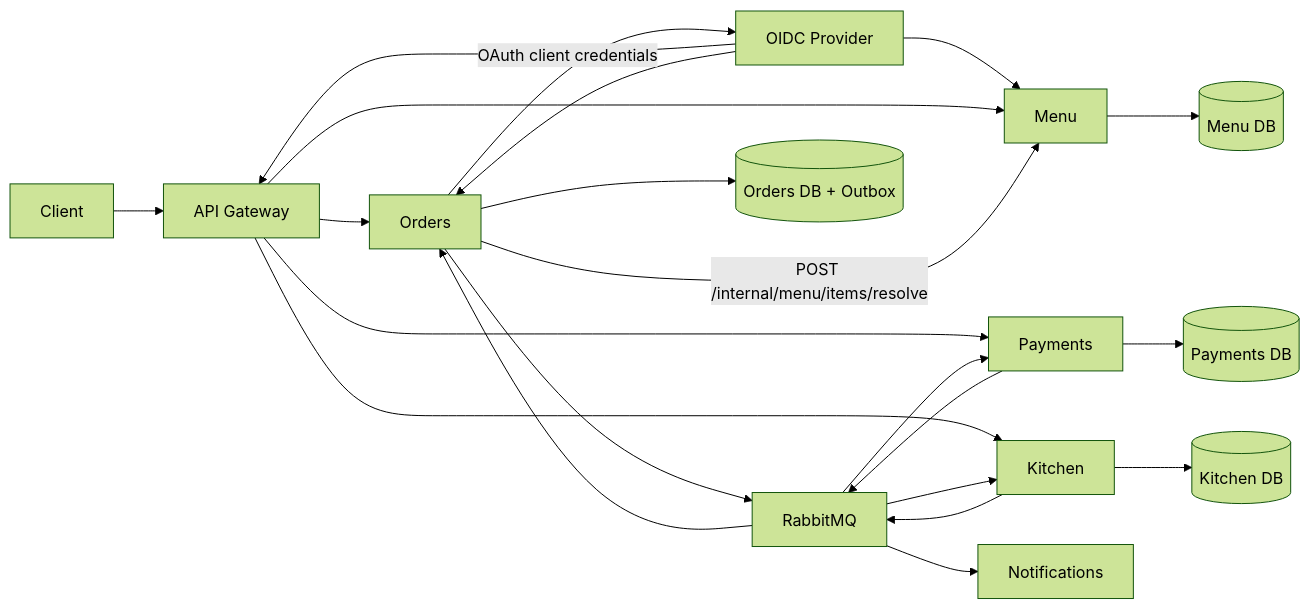
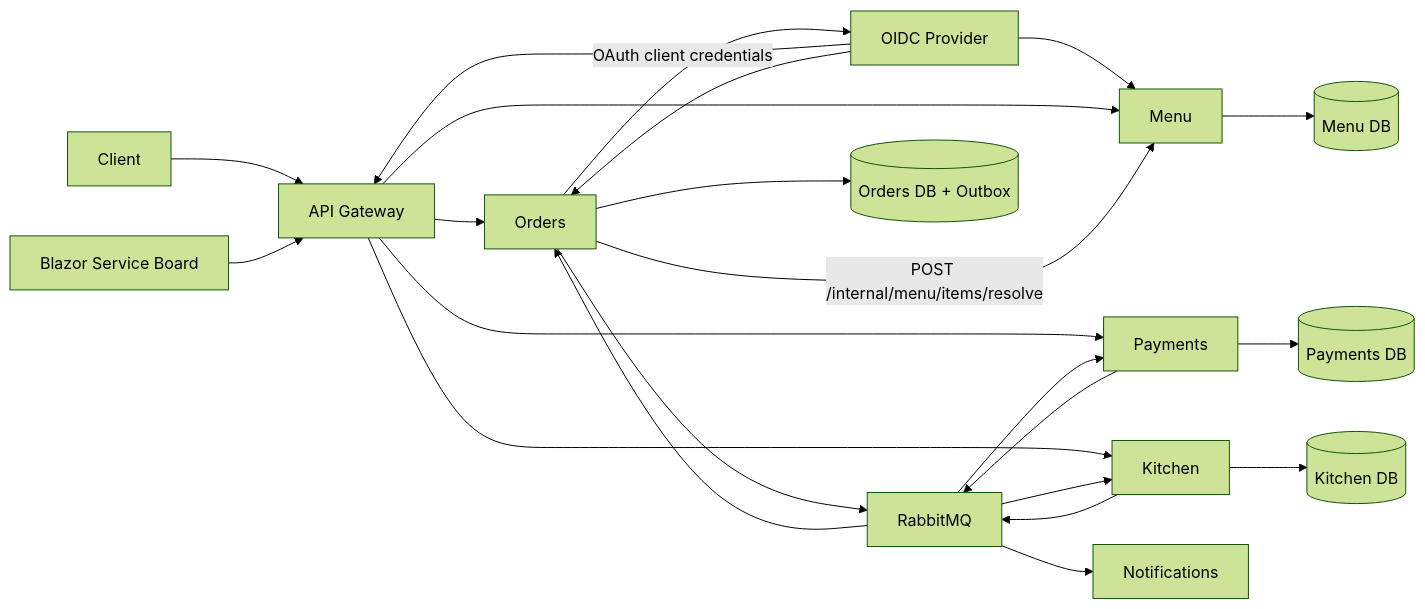
The first of 2 diagrams in docs/architecture.md (Rodrigorxt/restaurantflow), drawn with Mermaid (forest theme) before and after one commit. The commit also changed other lines of this file and 18 other files, not shown here.

Commit message:
Add interactive Blazor workflow demo

````diff
--- a/docs/architecture.md
+++ b/docs/architecture.md
@@ -5,24 +5,25 @@
 ```mermaid
 flowchart LR
     Client --> Gateway[API Gateway]
+    Demo[Blazor Service Board] --> Gateway
     Identity[OIDC Provider] --> Gateway
     Identity --> Orders
     Identity --> Menu
     Gateway --> Menu
     Gateway --> Orders
     Gateway --> Kitchen
     Gateway --> Payments
     Orders -- "POST /internal/menu/items/resolve" --> Menu
     Orders -- "OAuth client credentials" --> Identity
     Orders --> Broker[RabbitMQ]
     Broker --> Orders
     Broker --> Payments
     Broker --> Kitchen
     Broker --> Notifications
     Kitchen --> Broker
     Payments --> Broker
     Menu --> MenuDb[(Menu DB)]
     Orders --> OrdersDb[(Orders DB + Outbox)]
     Kitchen --> KitchenDb[(Kitchen DB)]
     Payments --> PaymentsDb[(Payments DB)]
 ```
````
